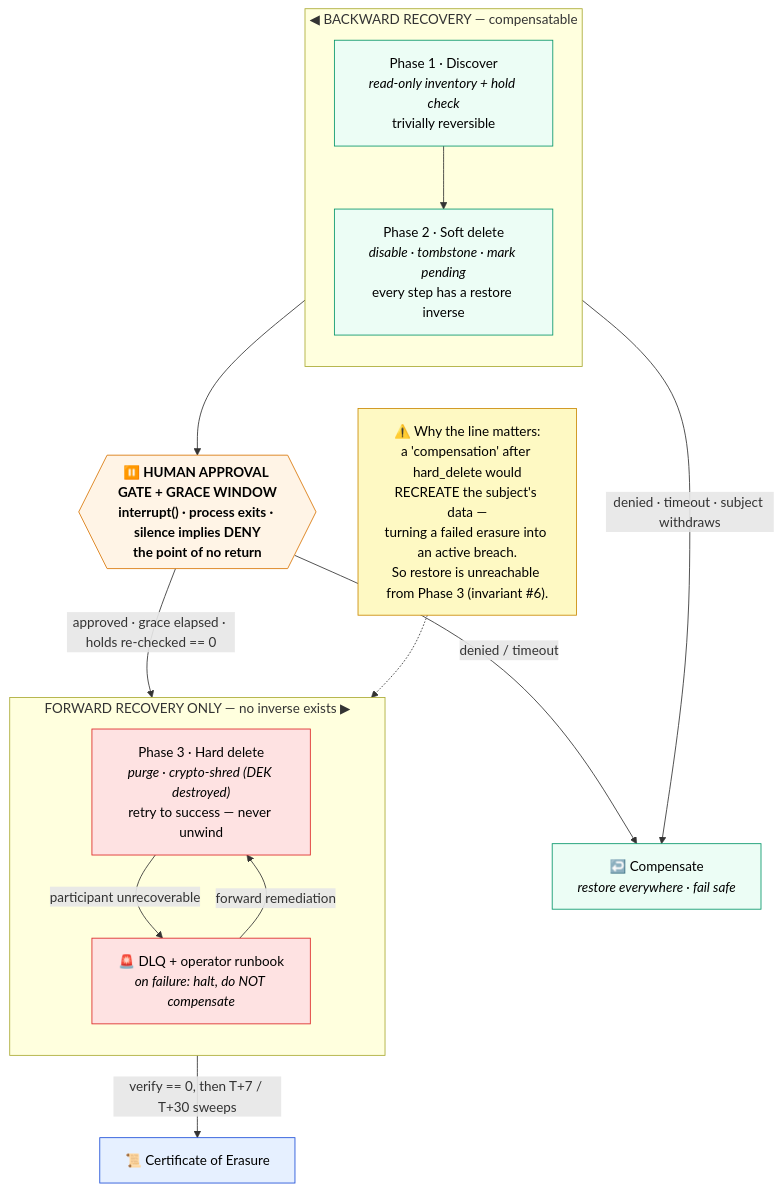
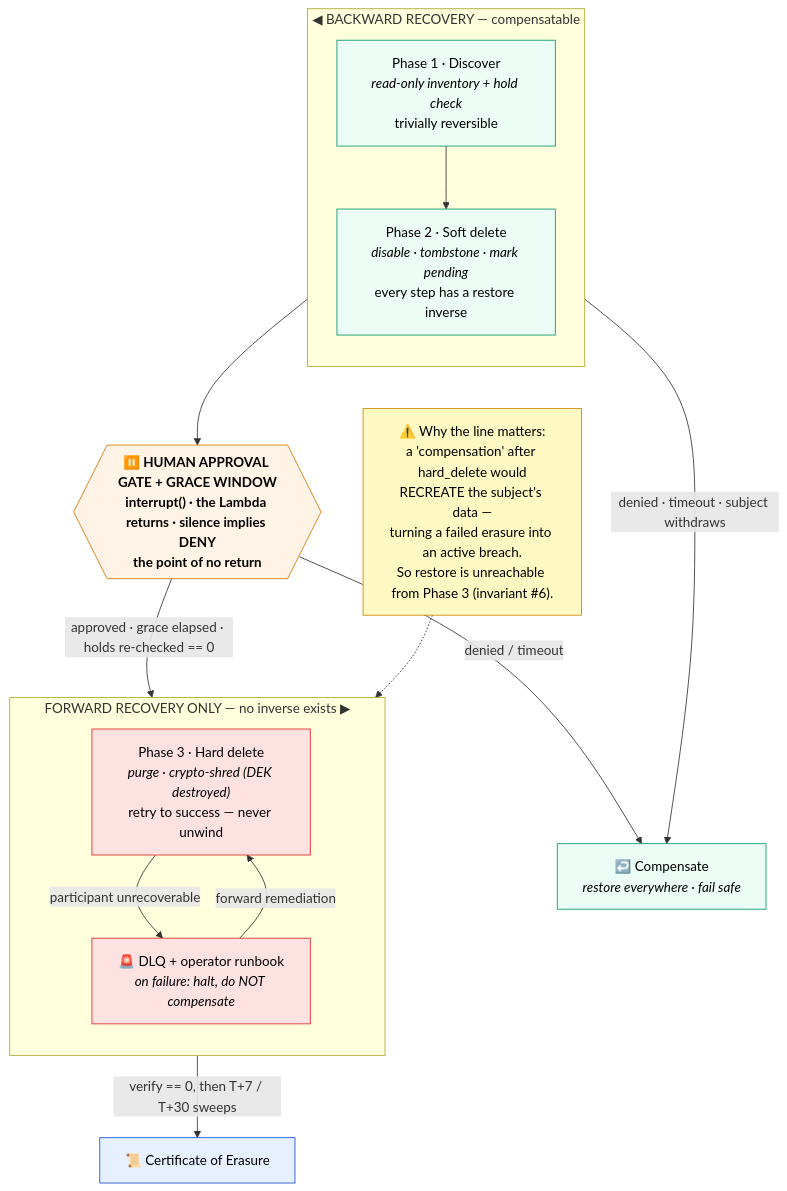
The diagram in docs/diagrams/04-recovery-semantics.mermaid (andaro74/agentic-pii-erasure), drawn with Mermaid before and after one commit. The commit also changed 30 other files, not shown here.

First line of the commit message:
Architecture baseline v0.2: AWS-only serverless on Bedrock AgentCore

```diff
--- a/docs/diagrams/04-recovery-semantics.mermaid
+++ b/docs/diagrams/04-recovery-semantics.mermaid
@@ -1,40 +1,40 @@
 %% ASDP · Recovery semantics — the backward→forward switch at the approval gate.
 %% The single structural decision everything else follows from. ADR-002.
 %% Referenced from README ("The part most saga write-ups get wrong").
 flowchart TB
     subgraph BACK["◀ BACKWARD RECOVERY — compensatable"]
         direction TB
         P1["Phase 1 · Discover<br/><i>read-only inventory + hold check</i><br/>trivially reversible"]
         P2["Phase 2 · Soft delete<br/><i>disable · tombstone · mark pending</i><br/>every step has a restore inverse"]
         P1 --> P2
     end
 
-    GATE{{"⏸️ HUMAN APPROVAL GATE + GRACE WINDOW<br/>interrupt() · process exits · silence implies DENY<br/><b>the point of no return</b>"}}
+    GATE{{"⏸️ HUMAN APPROVAL GATE + GRACE WINDOW<br/>interrupt() · the Lambda returns · silence implies DENY<br/><b>the point of no return</b>"}}
 
     subgraph FWD["FORWARD RECOVERY ONLY — no inverse exists ▶"]
         direction TB
         P3["Phase 3 · Hard delete<br/><i>purge · crypto-shred (DEK destroyed)</i><br/>retry to success — never unwind"]
         DLQ["🚨 DLQ + operator runbook<br/><i>on failure: halt, do NOT compensate</i>"]
         P3 -->|"participant unrecoverable"| DLQ
         DLQ -->|"forward remediation"| P3
     end
 
     P2 -->|"denied · timeout · subject withdraws"| COMP["↩️ Compensate<br/><i>restore everywhere · fail safe</i>"]
     P2 --> GATE
     GATE -->|"approved · grace elapsed · holds re-checked == 0"| P3
     GATE -->|"denied / timeout"| COMP
     P3 -->|"verify == 0, then T+7 / T+30 sweeps"| CERT["📜 Certificate of Erasure"]
 
     NOTE["⚠️ Why the line matters:<br/>a 'compensation' after hard_delete would<br/>RECREATE the subject's data —<br/>turning a failed erasure into an active breach.<br/>So restore is unreachable from Phase 3 (invariant #6)."]
     NOTE -.-> FWD
 
     classDef back fill:#ecfdf5,stroke:#059669,color:#000
     classDef fwd fill:#fee2e2,stroke:#dc2626,color:#000
     classDef gate fill:#fff4e6,stroke:#d97706,color:#000,font-weight:bold
     classDef terminal fill:#e6f0ff,stroke:#1d4ed8,color:#000
     classDef warn fill:#fef9c3,stroke:#ca8a04,color:#000
     class P1,P2,COMP back
     class P3,DLQ fwd
     class GATE gate
     class CERT terminal
     class NOTE warn
```
